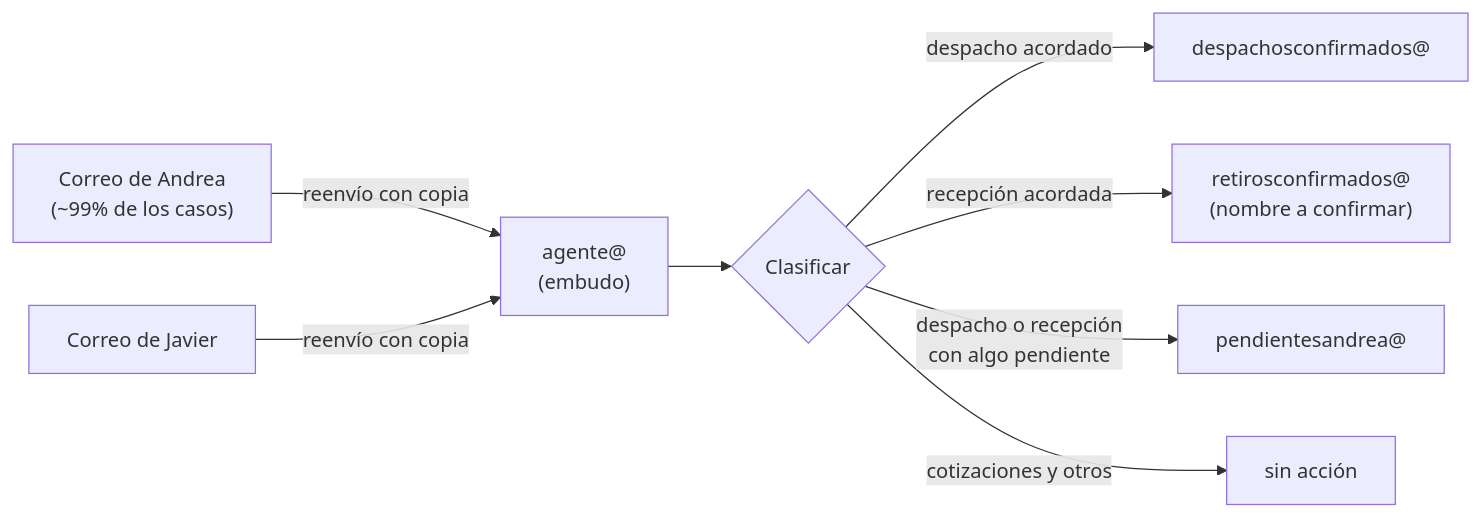
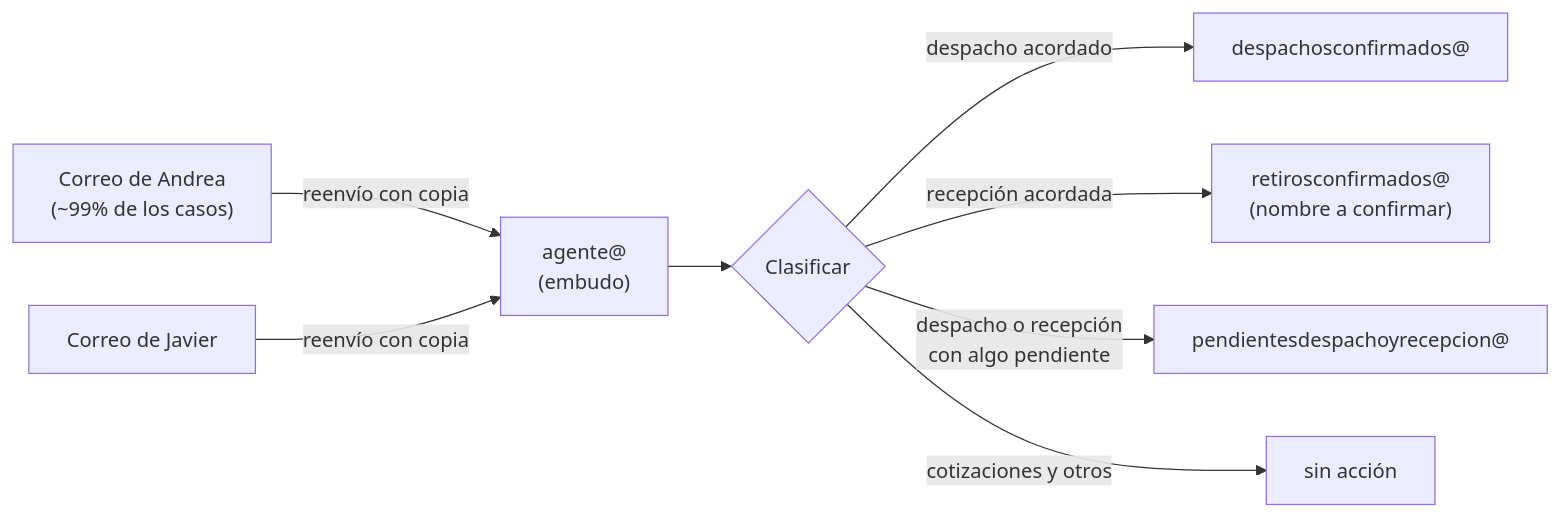
The diagram in docs/08-notas-reunion.md (zhbozzo/alzatec), drawn with Mermaid before and after one commit. The commit also changed other lines of this file and 3 other files, not shown here.

````diff
--- a/docs/08-notas-reunion.md
+++ b/docs/08-notas-reunion.md
@@ -19,10 +19,10 @@
 ```mermaid
 flowchart LR
   AN["Correo de Andrea<br/>(~99% de los casos)"] -->|reenvío con copia| AG["agente@<br/>(embudo)"]
   JA["Correo de Javier"] -->|reenvío con copia| AG
   AG --> IA{"Clasificar"}
   IA -->|"despacho acordado"| D["despachosconfirmados@"]
   IA -->|"recepción acordada"| R["retirosconfirmados@<br/>(nombre a confirmar)"]
-  IA -->|"despacho o recepción<br/>con algo pendiente"| P["pendientesandrea@"]
+  IA -->|"despacho o recepción<br/>con algo pendiente"| P["pendientesdespachoyrecepcion@"]
   IA -->|"cotizaciones y otros"| X["sin acción"]
 ```
````
